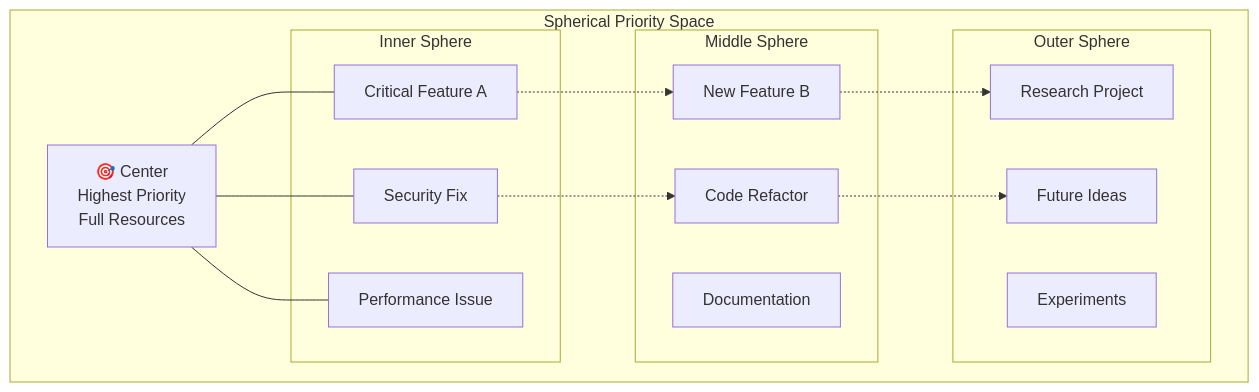
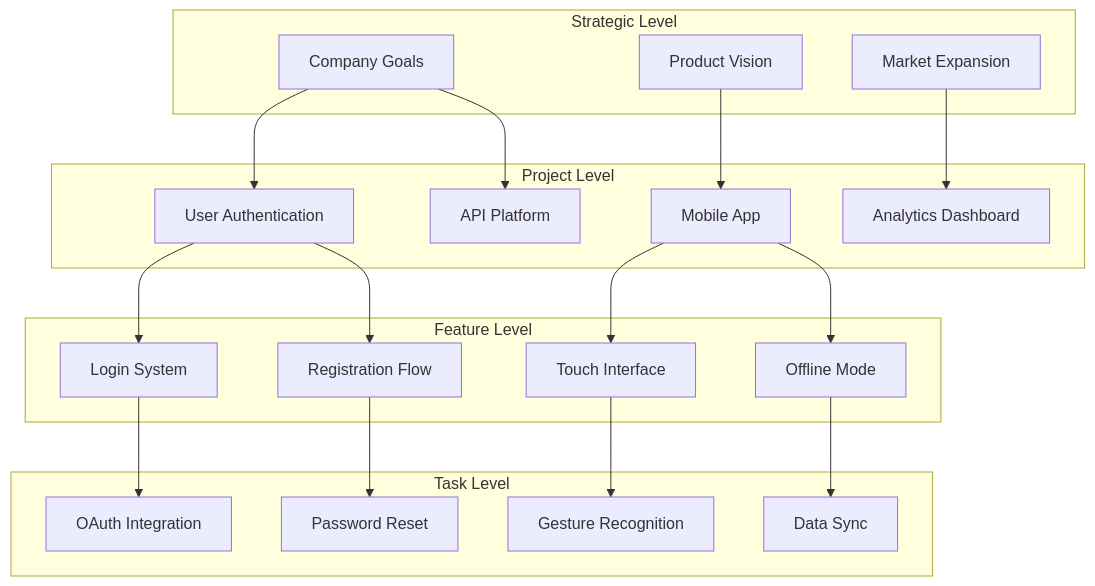
The second of 13 diagrams in docs/detailed-overview.md (GraphDone/GraphDone-Core), drawn with Mermaid before and after one commit. The commit also changed other lines of this file and 2 other files, not shown here.

Commit message:
Update documentation to reflect 2D multi-level graph approach
- Replace 3D spherical model with hierarchical graph navigation
- Update priority system to focus on visibility and resource allocation
- Change positioning from spherical coordinates to multi-level graph structure
- Update diagrams to show Strategic > Project > Feature > Task hierarchy
- Reflect current 2D implementation with dynamic levels of detail
- Remove outdated spherical terminology throughout documentation

````diff
--- a/docs/detailed-overview.md
+++ b/docs/detailed-overview.md
@@ -43,32 +43,44 @@
 ```mermaid
 graph TD
-    subgraph "Spherical Priority Space"
-        CENTER[🎯 Center<br/>Highest Priority<br/>Full Resources]
-        
-        subgraph "Inner Sphere"
-            I1[Critical Feature A]
-            I2[Security Fix]
-            I3[Performance Issue]
-        end
-        
-        subgraph "Middle Sphere"
-            M1[New Feature B]
-            M2[Code Refactor]
-            M3[Documentation]
-        end
-        
-        subgraph "Outer Sphere"
-            O1[Research Project]
-            O2[Future Ideas]
-            O3[Experiments]
-        end
-        
-        CENTER --- I1
-        CENTER --- I2
-        CENTER --- I3
-        I1 -.-> M1
-        I2 -.-> M2
-        M1 -.-> O1
-        M2 -.-> O2
+    subgraph "Strategic Level"
+        S1[Company Goals]
+        S2[Product Vision]
+        S3[Market Expansion]
     end
+    
+    subgraph "Project Level"
+        P1[User Authentication]
+        P2[Mobile App]
+        P3[Analytics Dashboard]
+        P4[API Platform]
+    end
+    
+    subgraph "Feature Level"
+        F1[Login System]
+        F2[Registration Flow]
+        F3[Touch Interface]
+        F4[Offline Mode]
+    end
+    
+    subgraph "Task Level"
+        T1[OAuth Integration]
+        T2[Password Reset]
+        T3[Gesture Recognition]
+        T4[Data Sync]
+    end
+    
+    S1 --> P1
+    S1 --> P4
+    S2 --> P2
+    S3 --> P3
+    
+    P1 --> F1
+    P1 --> F2
+    P2 --> F3
+    P2 --> F4
+    
+    F1 --> T1
+    F2 --> T2
+    F3 --> T3
+    F4 --> T4
 ```
````
